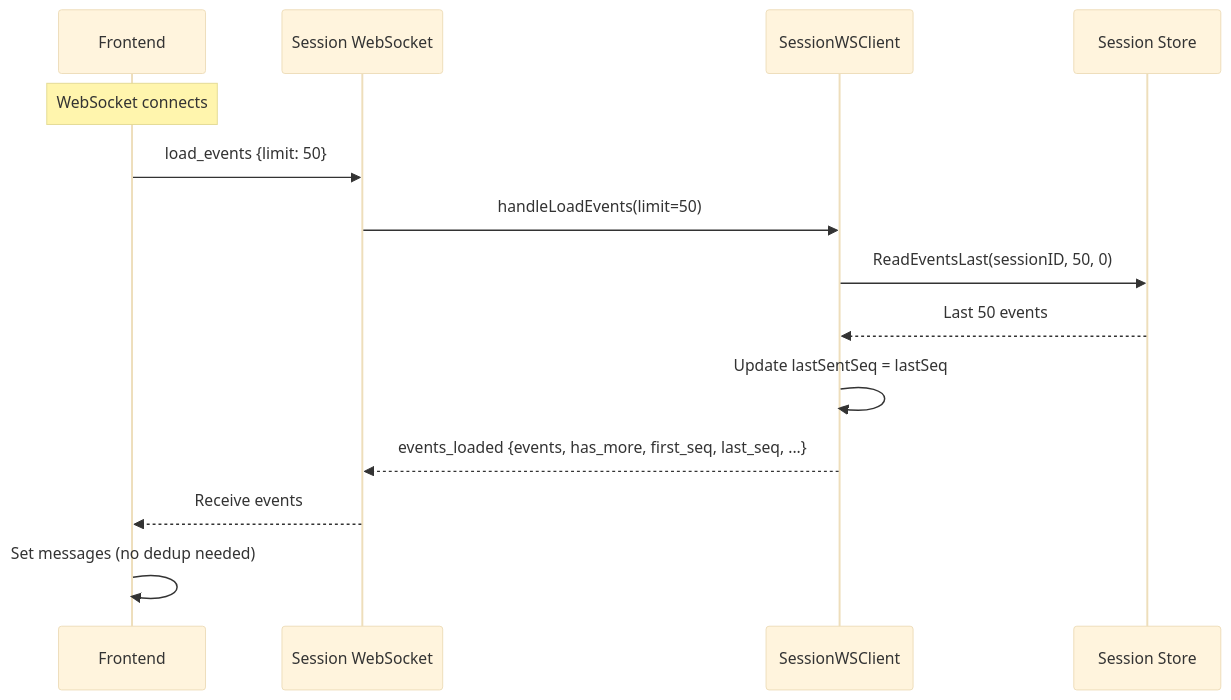
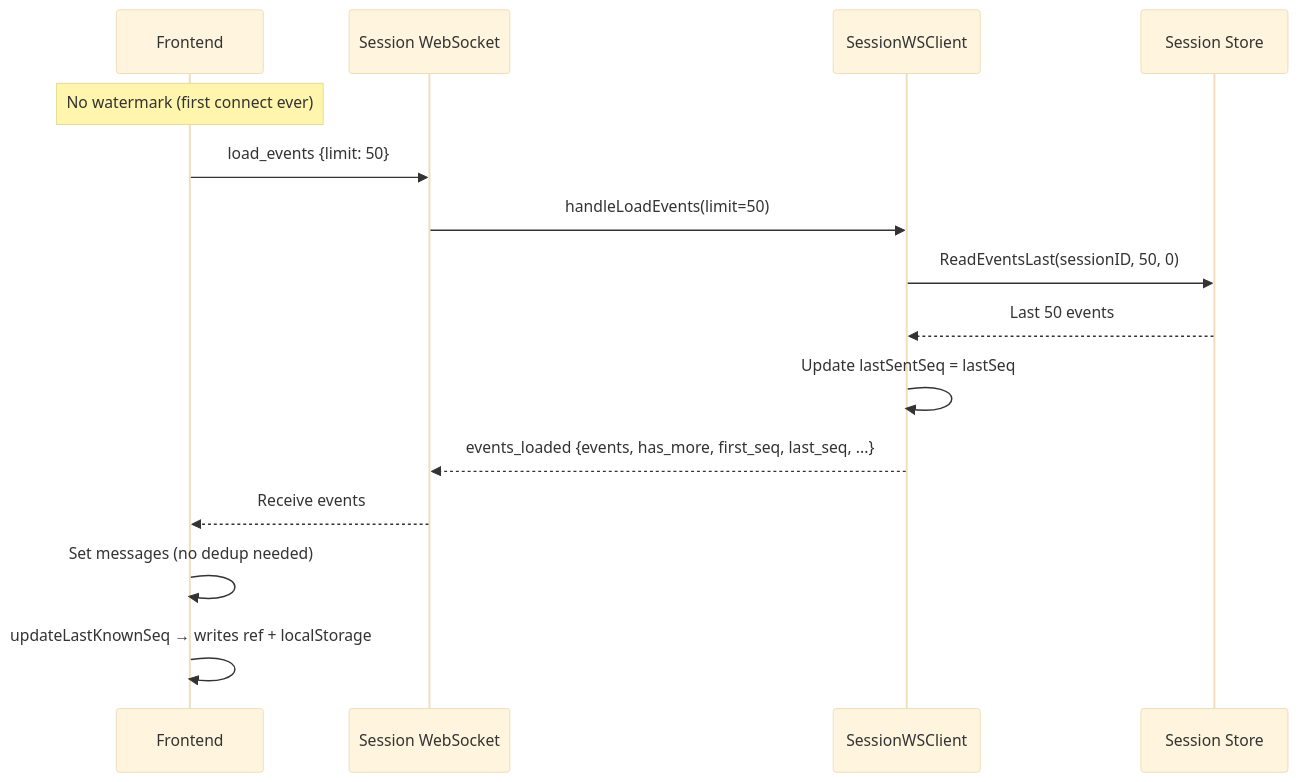
One commit to inercia/mitto changed the first of 6 diagrams in docs/devel/websockets/synchronization.md. Above: the diagram before and after it, drawn with Mermaid (base theme). The commit also changed other lines of this file and 42 other files, not shown here.

First line of the commit message:
MCP tools panel, WebSocket sync hardening, auxiliary session fixes, and test infrastructure (#42)

````diff
--- a/docs/devel/websockets/synchronization.md
+++ b/docs/devel/websockets/synchronization.md
@@ -67,17 +71,18 @@
 ```mermaid
 sequenceDiagram
     participant Client as Frontend
     participant WS as Session WebSocket
     participant Handler as SessionWSClient
     participant Store as Session Store
 
-    Note over Client: WebSocket connects
+    Note over Client: No watermark (first connect ever)
     Client->>WS: load_events {limit: 50}
     WS->>Handler: handleLoadEvents(limit=50)
     Handler->>Store: ReadEventsLast(sessionID, 50, 0)
     Store-->>Handler: Last 50 events
     Handler->>Handler: Update lastSentSeq = lastSeq
     Handler-->>WS: events_loaded {events, has_more, first_seq, last_seq, ...}
     WS-->>Client: Receive events
     Client->>Client: Set messages (no dedup needed)
+    Client->>Client: updateLastKnownSeq → writes ref + localStorage
 ```
````
